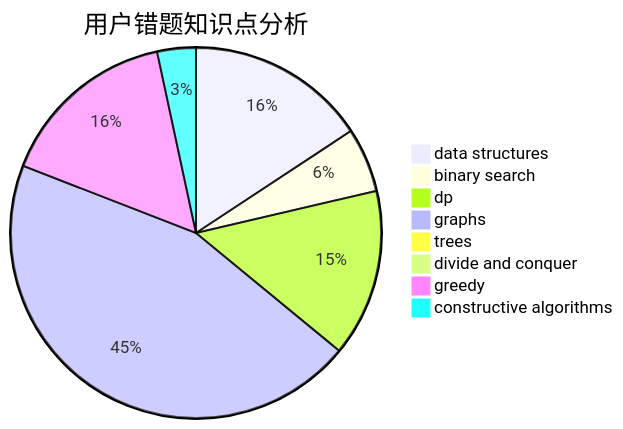
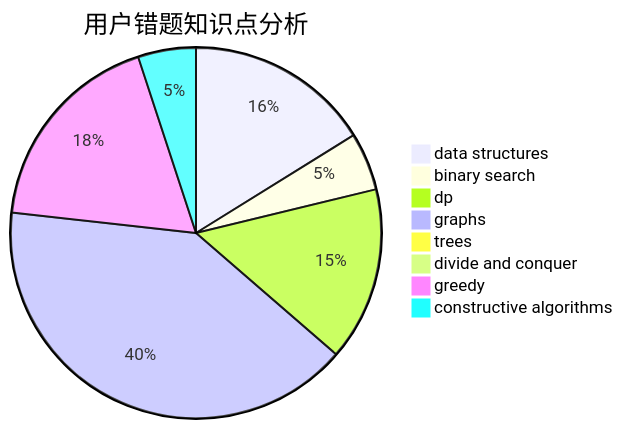
The third of 3 diagrams in docs/user/u147.md (sherpahu/cfrs.github.io), drawn with Mermaid before and after one commit. The commit also changed other lines of this file and 2770 other files, not shown here.

````diff
--- a/docs/user/u147.md
+++ b/docs/user/u147.md
@@ -36,11 +36,11 @@
 ```mermaid
 pie title 用户错题知识点分析
-    "data structures" :  14
+    "data structures" :  16
     "binary search" :  5
-    "dp" :  13
+    "dp" :  15
     "graphs" :  40
     "trees" :  0
     "divide and conquer" :  0
-    "greedy" :  14
-    "constructive algorithms" :  3
+    "greedy" :  18
+    "constructive algorithms" :  5
 ```
````
